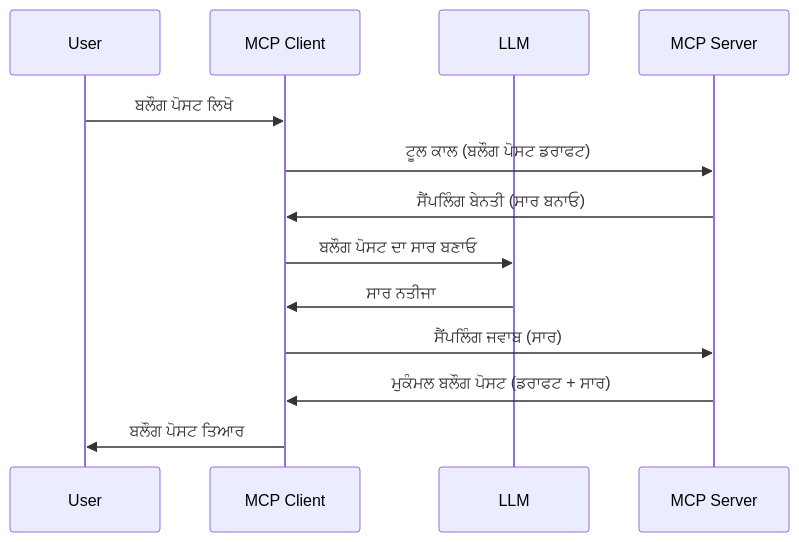
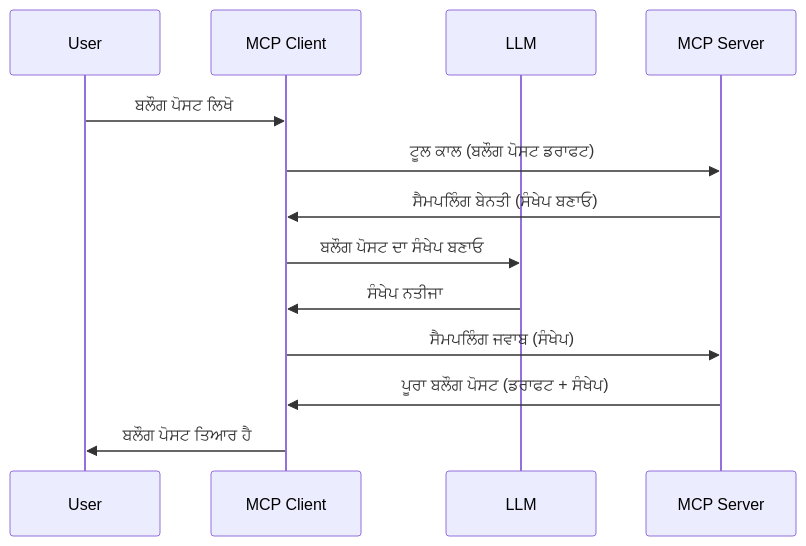
Before and after one commit to HIDORAKAI002/ai-workspace-archive: the diagram in mcp_ecosystem__model_context_protocol/mcp_learning_resources/mcp-for-beginners/translations/pa/03-GettingStarted/14-sampling/README.md, drawn with Mermaid. The commit also changed other lines of this file and 1160 other files, not shown here.

````diff
--- a/mcp_ecosystem__model_context_protocol/mcp_learning_resources/mcp-for-beginners/translations/pa/03-GettingStarted/14-sampling/README.md
+++ b/mcp_ecosystem__model_context_protocol/mcp_learning_resources/mcp-for-beginners/translations/pa/03-GettingStarted/14-sampling/README.md
@@ -23,16 +23,16 @@
 ```mermaid
 sequenceDiagram
     participant User
     participant MCP Client
     participant LLM
     participant MCP Server
 
     User->>MCP Client: ਬਲੌਗ ਪੋਸਟ ਲਿਖੋ
     MCP Client->>MCP Server: ਟੂਲ ਕਾਲ (ਬਲੌਗ ਪੋਸਟ ਡਰਾਫਟ)
-    MCP Server->>MCP Client: ਸੈਂਪਲਿੰਗ ਬੇਨਤੀ (ਸਾਰ ਬਨਾਓ)
-    MCP Client->>LLM: ਬਲੌਗ ਪੋਸਟ ਦਾ ਸਾਰ ਬਣਾਓ
-    LLM->>MCP Client: ਸਾਰ ਨਤੀਜਾ
-    MCP Client->>MCP Server: ਸੈਂਪਲਿੰਗ ਜਵਾਬ (ਸਾਰ)
-    MCP Server->>MCP Client: ਮੁਕੰਮਲ ਬਲੌਗ ਪੋਸਟ (ਡਰਾਫਟ + ਸਾਰ)
-    MCP Client->>User: ਬਲੌਗ ਪੋਸਟ ਤਿਆਰ
+    MCP Server->>MCP Client: ਸੈਮਪਲਿੰਗ ਬੇਨਤੀ (ਸੰਖੇਪ ਬਣਾਓ)
+    MCP Client->>LLM: ਬਲੌਗ ਪੋਸਟ ਦਾ ਸੰਖੇਪ ਬਣਾਓ
+    LLM->>MCP Client: ਸੰਖੇਪ ਨਤੀਜਾ
+    MCP Client->>MCP Server: ਸੈਮਪਲਿੰਗ ਜਵਾਬ (ਸੰਖੇਪ)
+    MCP Server->>MCP Client: ਪੂਰਾ ਬਲੌਗ ਪੋਸਟ (ਡਰਾਫਟ + ਸੰਖੇਪ)
+    MCP Client->>User: ਬਲੌਗ ਪੋਸਟ ਤਿਆਰ ਹੈ
 ```
````
